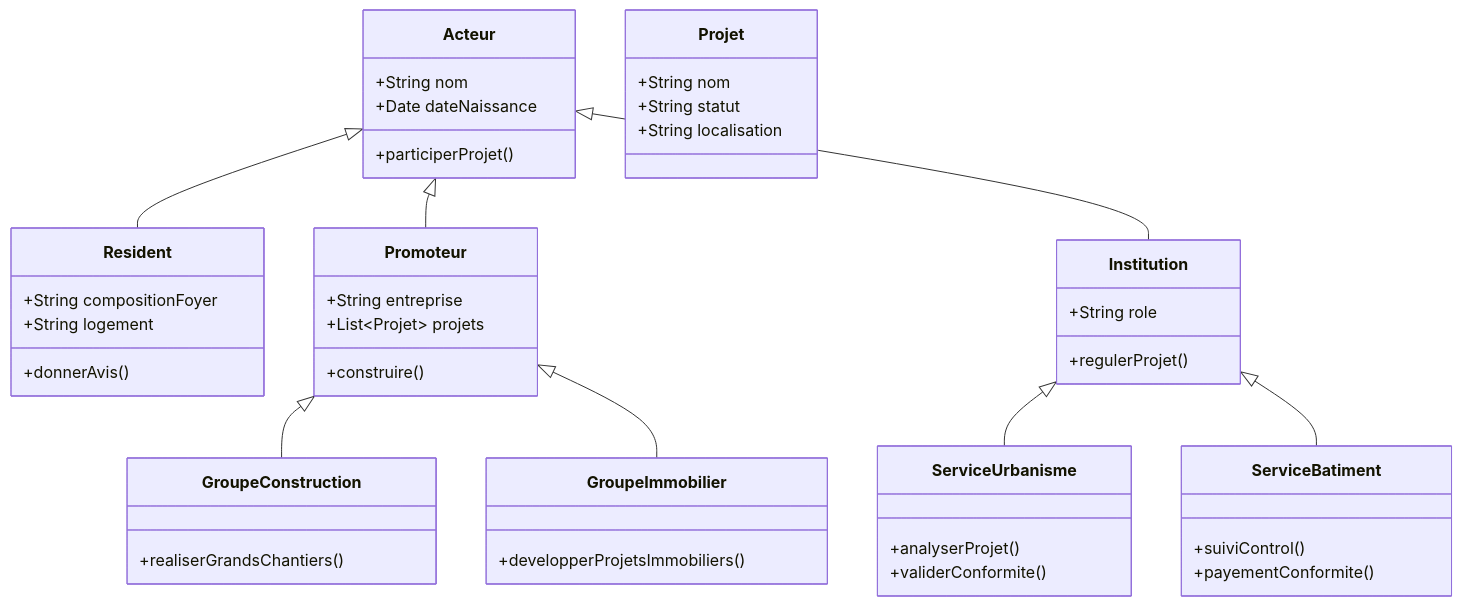
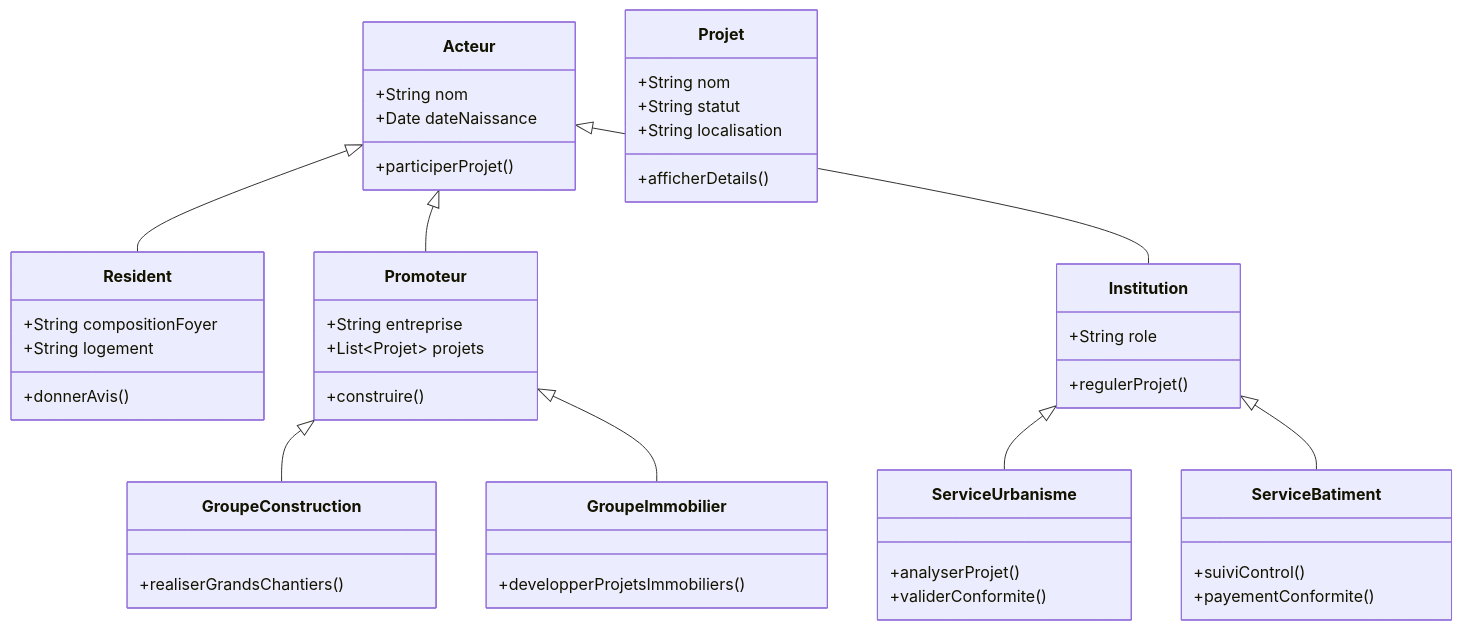
The diagram in ecoStatTGY95.md (kahiarchi/plaine---saint--Denis---batiment-), drawn with Mermaid before and after one commit.

````diff
--- a/ecoStatTGY95.md
+++ b/ecoStatTGY95.md
@@ -97,59 +97,60 @@
 ```mermaid
 classDiagram
     class Acteur {
         +String nom
         +Date dateNaissance
         +participerProjet()
     }
 
     class Resident {
         +String compositionFoyer
         +String logement
         +donnerAvis()
     }
 
     class Promoteur {
         +String entreprise
         +List~Projet~ projets
         +construire()
     }
 
     class GroupeConstruction {
         +realiserGrandsChantiers()
     }
 
     class GroupeImmobilier {
         +developperProjetsImmobiliers()
     }
 
     class Institution {
         +String role
         +regulerProjet()
     }
 
     class ServiceUrbanisme {
         +analyserProjet()
         +validerConformite()
     }
 
     class ServiceBatiment {
         +suiviControl()
         +payementConformite()
     }
 
     class Projet {
         +String nom
         +String statut
         +String localisation
+        +afficherDetails()
     }
 
   
     Acteur <|-- Resident
     Acteur <|-- Promoteur
     Acteur <|-- Institution
     Promoteur <|-- GroupeConstruction
     Promoteur <|-- GroupeImmobilier
     Institution <|-- ServiceUrbanisme
     Institution <|-- ServiceBatiment
 
 ```
````
